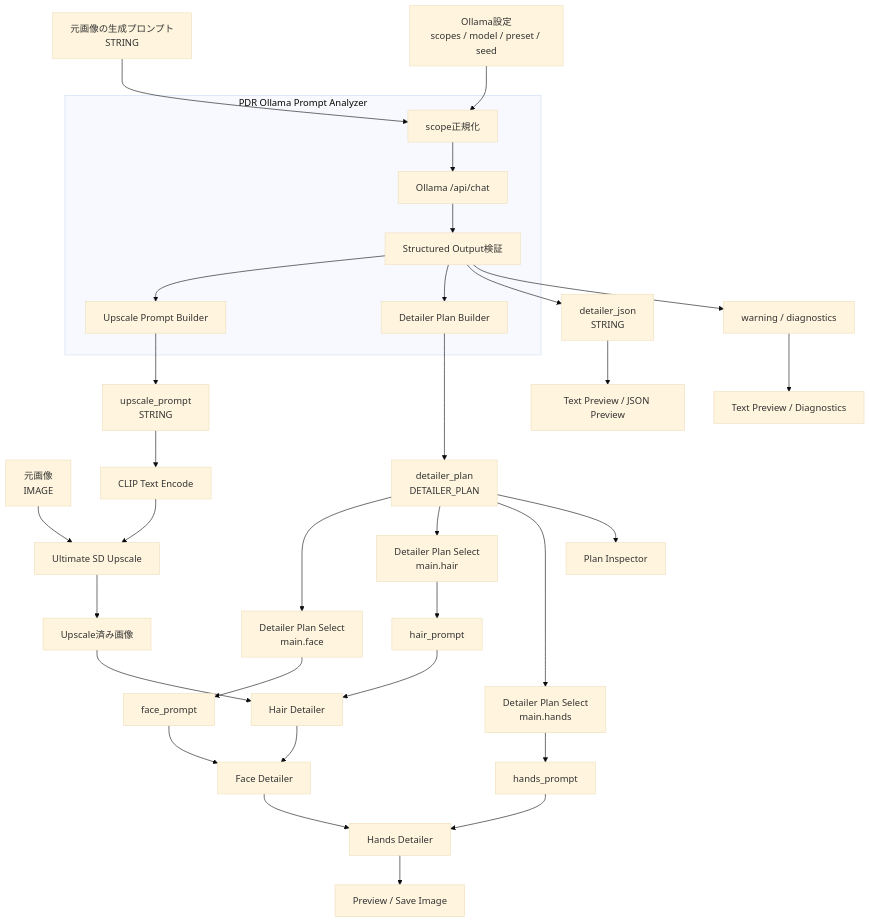
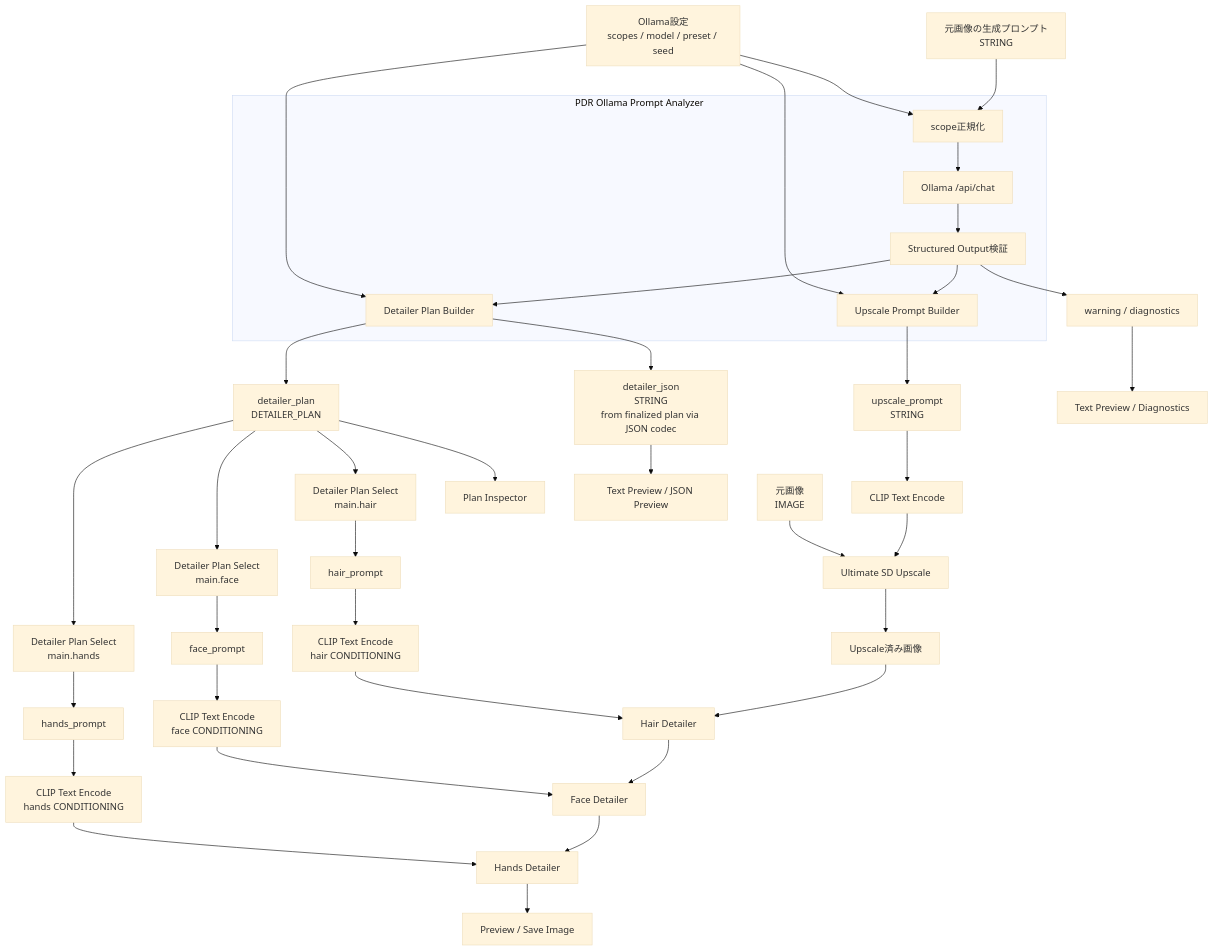
The first of 3 diagrams in docs/requirements/requirements-design-reference.md (beastmaniaxxx/ComfyUI-Prompt-Detailer-Router), drawn with Mermaid (base theme) before and after one commit. The commit also changed other lines of this file, not shown here.

````diff
--- a/docs/requirements/requirements-design-reference.md
+++ b/docs/requirements/requirements-design-reference.md
@@ -201,52 +201,58 @@
 ```mermaid
 flowchart TD
     P["元画像の生成プロンプト<br/>STRING"]
     IMG["元画像<br/>IMAGE"]
     CFG["Ollama設定<br/>scopes / model / preset / seed"]
 
     subgraph ANALYZER["PDR Ollama Prompt Analyzer"]
         SCOPE["scope正規化"]
         OLLAMA["Ollama /api/chat"]
         VALIDATE["Structured Output検証"]
         UPSCALE_BUILD["Upscale Prompt Builder"]
         PLAN_BUILD["Detailer Plan Builder"]
 
         SCOPE --> OLLAMA
         OLLAMA --> VALIDATE
         VALIDATE --> UPSCALE_BUILD
         VALIDATE --> PLAN_BUILD
     end
 
     P --> SCOPE
     CFG --> SCOPE
+    CFG --> UPSCALE_BUILD
+    CFG --> PLAN_BUILD
 
     UPSCALE_BUILD --> UP["upscale_prompt<br/>STRING"]
     PLAN_BUILD --> PLAN["detailer_plan<br/>DETAILER_PLAN"]
-    VALIDATE --> JSON["detailer_json<br/>STRING"]
+    PLAN_BUILD --> JSON["detailer_json<br/>STRING<br/>from finalized plan via JSON codec"]
     VALIDATE --> WARN["warning / diagnostics"]
 
     UP --> UENC["CLIP Text Encode"]
     UENC --> USD["Ultimate SD Upscale"]
     IMG --> USD
     USD --> UIMG["Upscale済み画像"]
 
     PLAN --> SF["Detailer Plan Select<br/>main.face"]
     PLAN --> SH["Detailer Plan Select<br/>main.hair"]
     PLAN --> SA["Detailer Plan Select<br/>main.hands"]
 
     SF --> FP["face_prompt"]
     SH --> HP["hair_prompt"]
     SA --> AP["hands_prompt"]
 
+    HP --> HENC["CLIP Text Encode<br/>hair CONDITIONING"]
+    FP --> FENC["CLIP Text Encode<br/>face CONDITIONING"]
+    AP --> AENC["CLIP Text Encode<br/>hands CONDITIONING"]
+
     UIMG --> HD["Hair Detailer"]
-    HP --> HD
+    HENC --> HD
     HD --> FD["Face Detailer"]
-    FP --> FD
+    FENC --> FD
     FD --> AD["Hands Detailer"]
-    AP --> AD
+    AENC --> AD
     AD --> OUT["Preview / Save Image"]
 
     PLAN --> INSPECT["Plan Inspector"]
     JSON --> JSONVIEW["Text Preview / JSON Preview"]
     WARN --> WARNVIEW["Text Preview / Diagnostics"]
 ```
````
